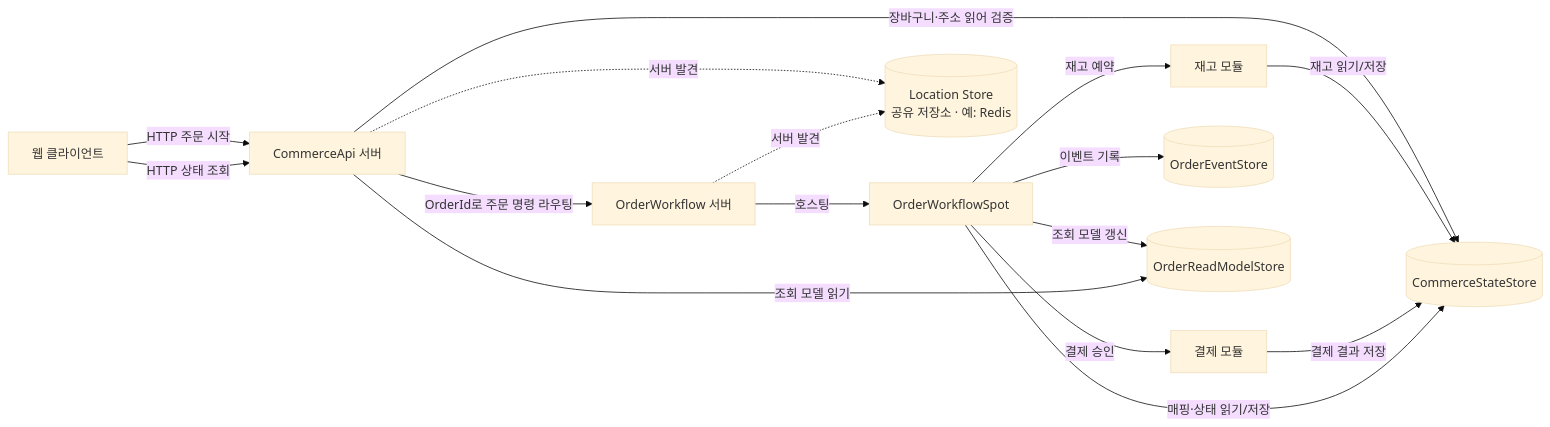
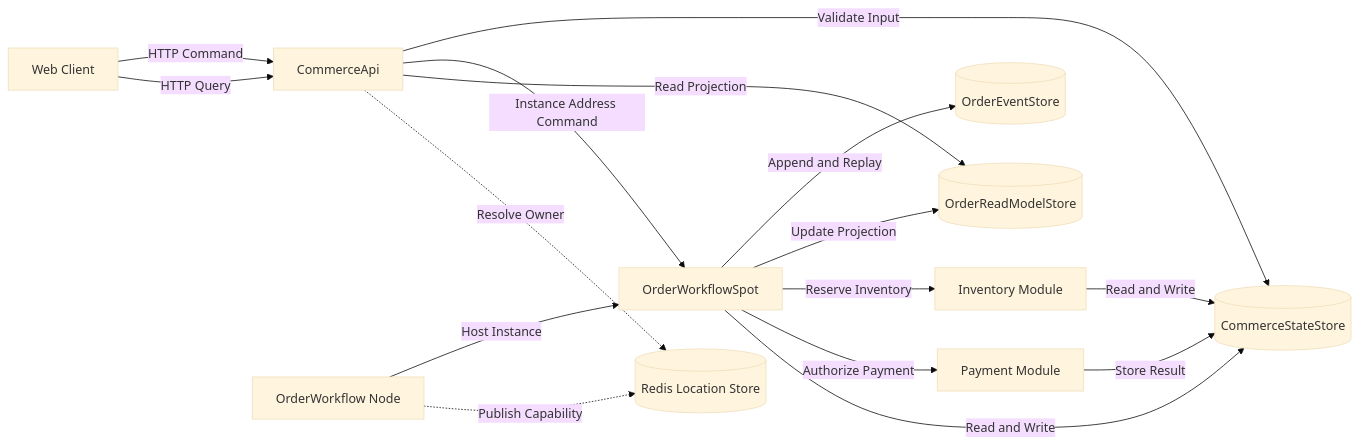
One commit to kairos-code-dev/zlink changed the third of 5 diagrams in framework/doc/framework/common/sample/event/shoppingmall.ko.md. Above: the diagram before and after it, drawn with Mermaid (base theme). The commit also changed other lines of this file and 2385 other files, not shown here.

````diff
--- a/framework/doc/framework/common/sample/event/shoppingmall.ko.md
+++ b/framework/doc/framework/common/sample/event/shoppingmall.ko.md
@@ -270,29 +287,29 @@
 ```mermaid
 graph LR
-    C[웹 클라이언트]
-    API[CommerceApi 서버]
-    OW[OrderWorkflow 서버]
-    INV[재고 모듈]
-    PAY[결제 모듈]
+    C[Web Client]
+    API[CommerceApi]
+    OW[OrderWorkflow Node]
+    INV[Inventory Module]
+    PAY[Payment Module]
     SPOT[OrderWorkflowSpot]
     ES[(OrderEventStore)]
     RS[(OrderReadModelStore)]
     CS[(CommerceStateStore)]
-    LS[("Location Store<br/>공유 저장소 · 예: Redis")]
+    LS[(Redis Location Store)]
 
-    C -->|HTTP 주문 시작| API
-    C -->|HTTP 상태 조회| API
-    API -->|장바구니·주소 읽어 검증| CS
-    API -->|OrderId로 주문 명령 라우팅| OW
-    OW -->|호스팅| SPOT
-    SPOT -->|이벤트 기록| ES
-    SPOT -->|조회 모델 갱신| RS
-    SPOT -->|재고 예약| INV
-    SPOT -->|결제 승인| PAY
-    INV -->|재고 읽기/저장| CS
-    PAY -->|결제 결과 저장| CS
-    API -->|조회 모델 읽기| RS
-    SPOT -->|매핑·상태 읽기/저장| CS
-    API -. 서버 발견 .-> LS
-    OW -. 서버 발견 .-> LS
+    C -->|HTTP Command| API
+    C -->|HTTP Query| API
+    API -->|Validate Input| CS
+    API -->|Instance Address Command| SPOT
+    OW -->|Host Instance| SPOT
+    SPOT -->|Append and Replay| ES
+    SPOT -->|Update Projection| RS
+    SPOT -->|Reserve Inventory| INV
+    SPOT -->|Authorize Payment| PAY
+    INV -->|Read and Write| CS
+    PAY -->|Store Result| CS
+    API -->|Read Projection| RS
+    SPOT -->|Read and Write| CS
+    API -. Resolve Owner .-> LS
+    OW -. Publish Capability .-> LS
 ```
````
